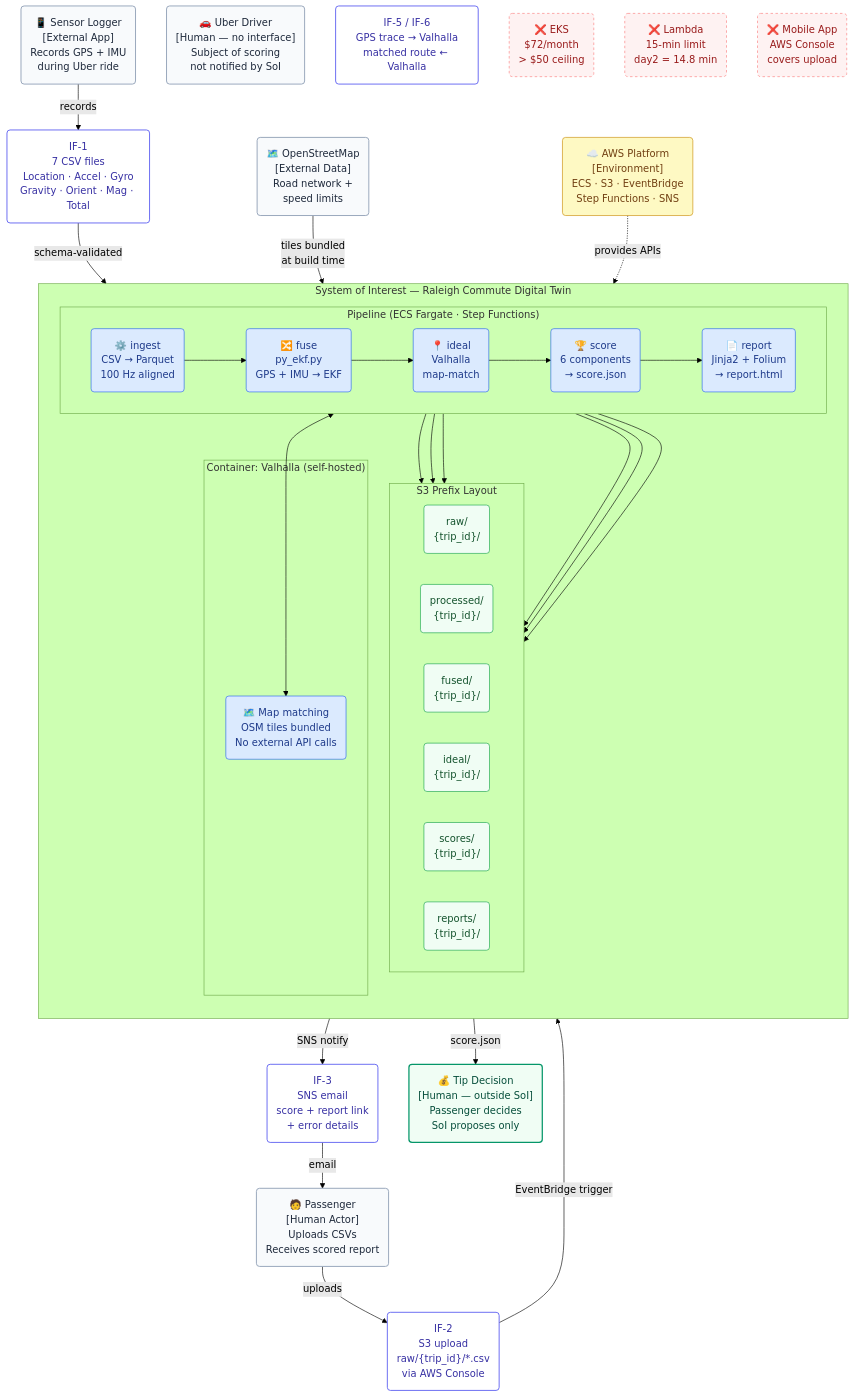
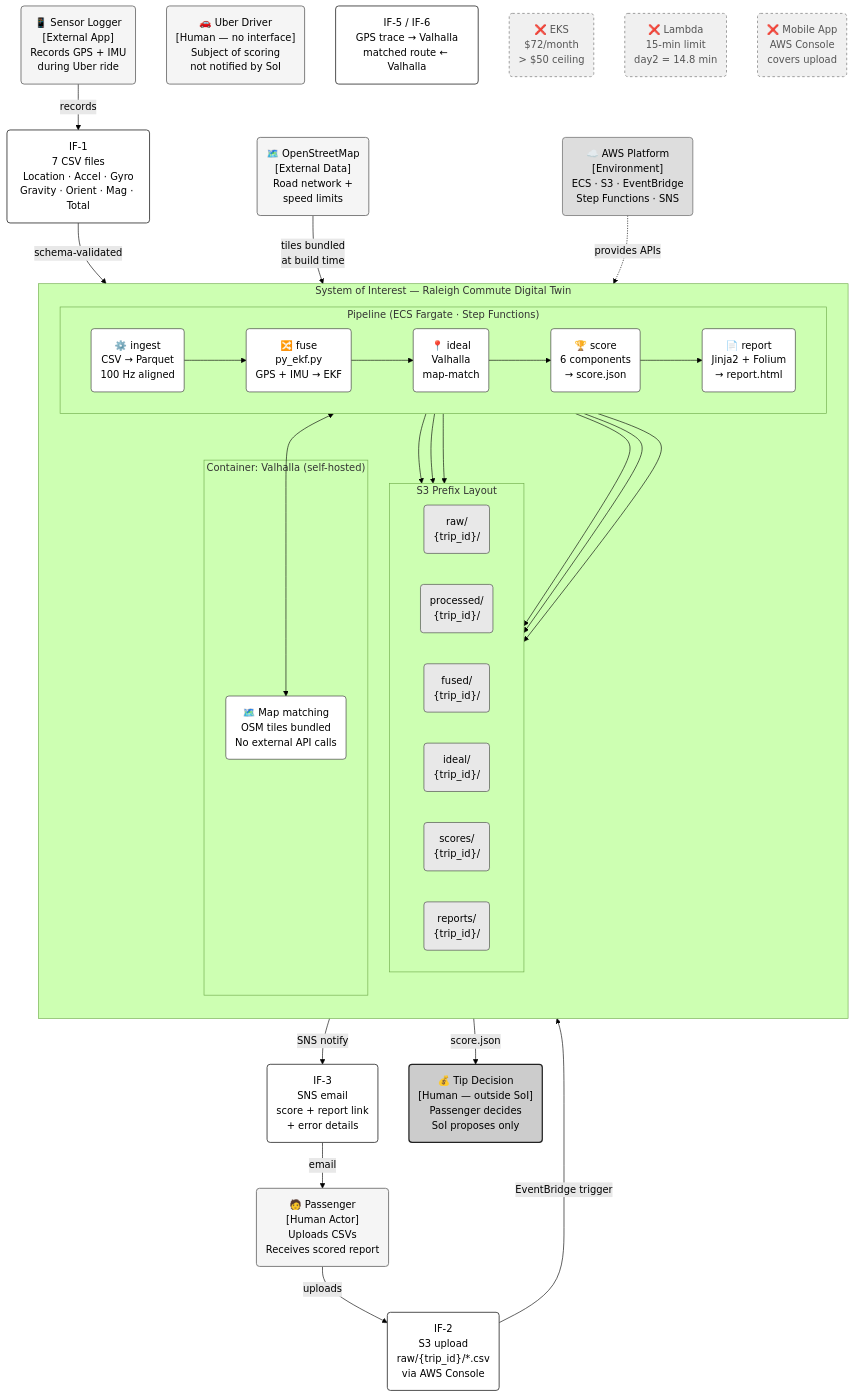
One commit to TakumiSomeya-Eng/raleigh-commute-digital-twin changed the diagram in docs/SYSTEM_BOUNDARY.md. Above: the diagram before and after it, drawn with Mermaid (forest theme). The commit also changed 1 other file, not shown here.

Commit message:
docs: convert Mermaid diagrams to grayscale in README and SYSTEM_BOUNDARY
Replace all color classDef entries with white/gray palette:
  stage/process: white fill, dark stroke
  store: light gray fill
  actor/input: slightly lighter gray
  excluded: dashed, muted gray
  output: medium gray fill

````diff
--- a/docs/SYSTEM_BOUNDARY.md
+++ b/docs/SYSTEM_BOUNDARY.md
@@ -17,13 +17,13 @@
 ```mermaid
 flowchart TB
-  classDef actor    fill:#F8FAFC,stroke:#94A3B8,color:#1E293B,stroke-width:1.5px
-  classDef soi      fill:#EFF6FF,stroke:#3B82F6,color:#1E3A8A,stroke-width:2px
-  classDef stage    fill:#DBEAFE,stroke:#2563EB,color:#1E3A8A,stroke-width:1px
-  classDef store    fill:#F0FDF4,stroke:#16A34A,color:#14532D,stroke-width:1px
-  classDef infra    fill:#FEF9C3,stroke:#CA8A04,color:#713F12,stroke-width:1px
-  classDef out      fill:#F0FDF4,stroke:#059669,color:#064E3B,stroke-width:2px
-  classDef excluded fill:#FEF2F2,stroke:#FCA5A5,color:#991B1B,stroke-dasharray:4,stroke-width:1.5px
-  classDef ifnode   fill:#FFFFFF,stroke:#6366F1,color:#3730A3,stroke-width:1.5px
+  classDef actor    fill:#F5F5F5,stroke:#777777,color:#000000,stroke-width:1.5px
+  classDef soi      fill:#EFEFEF,stroke:#222222,color:#000000,stroke-width:2px
+  classDef stage    fill:#FFFFFF,stroke:#333333,color:#000000,stroke-width:1px
+  classDef store    fill:#E8E8E8,stroke:#444444,color:#000000,stroke-width:1px
+  classDef infra    fill:#DDDDDD,stroke:#555555,color:#000000,stroke-width:1px
+  classDef out      fill:#CCCCCC,stroke:#222222,color:#000000,stroke-width:2px
+  classDef excluded fill:#F0F0F0,stroke:#999999,color:#555555,stroke-dasharray:4,stroke-width:1.5px
+  classDef ifnode   fill:#FFFFFF,stroke:#444444,color:#000000,stroke-width:1.5px
 
   %% ── Actors (outside SoI) ──────────────────────────────────────
   PHONE("📱 Sensor Logger
````
